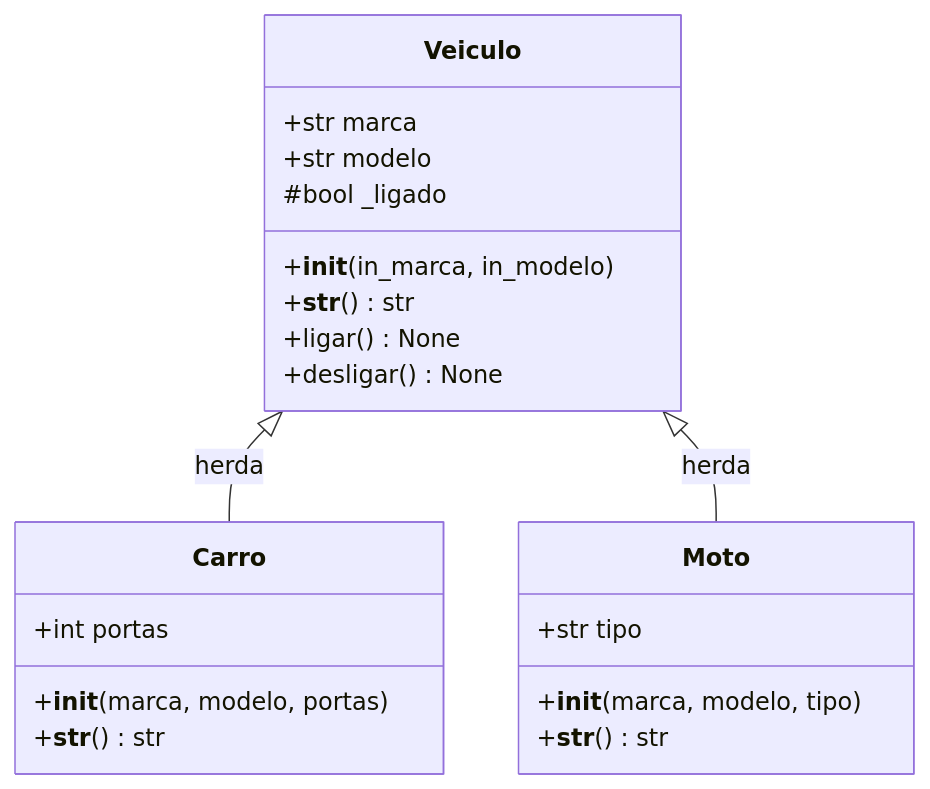
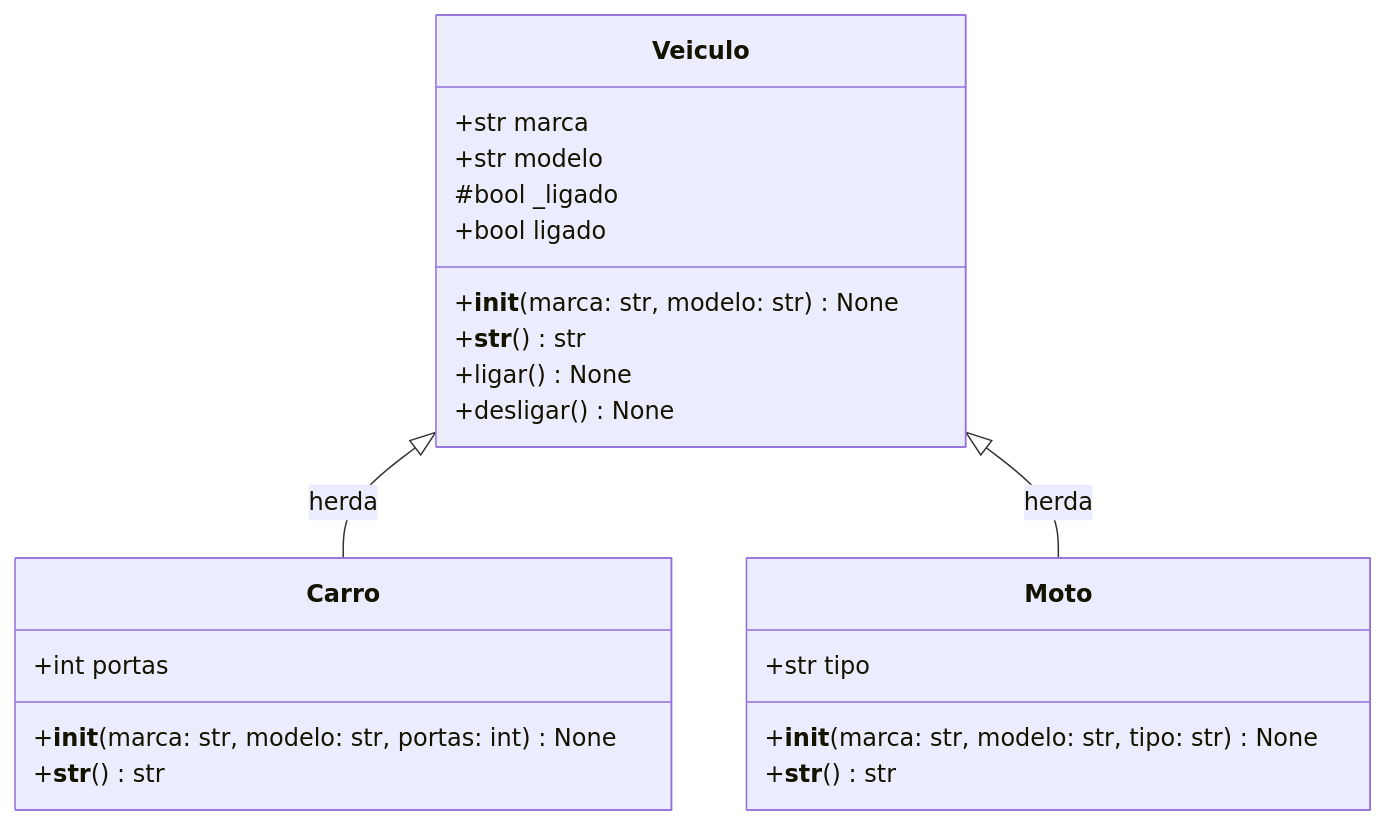
The second of 3 diagrams in python/alura/carreira/NIVEL1/03-objetos-API/VEICULOS/README.md (marcuswlima/learning), drawn with Mermaid before and after one commit. The commit also changed other lines of this file and 4 other files, not shown here.

````diff
--- a/python/alura/carreira/NIVEL1/03-objetos-API/VEICULOS/README.md
+++ b/python/alura/carreira/NIVEL1/03-objetos-API/VEICULOS/README.md
@@ -46,29 +47,30 @@
 ```mermaid
 classDiagram
     direction TB
 
     class Veiculo {
         +str marca
         +str modelo
         #bool _ligado
-        +__init__(in_marca, in_modelo)
+        +bool ligado
+        +__init__(marca: str, modelo: str) None
         +__str__() str
         +ligar() None
         +desligar() None
     }
 
     class Carro {
         +int portas
-        +__init__(marca, modelo, portas)
+        +__init__(marca: str, modelo: str, portas: int) None
         +__str__() str
     }
 
     class Moto {
         +str tipo
-        +__init__(marca, modelo, tipo)
+        +__init__(marca: str, modelo: str, tipo: str) None
         +__str__() str
     }
 
     Veiculo <|-- Carro : herda
     Veiculo <|-- Moto : herda
 ```
````
